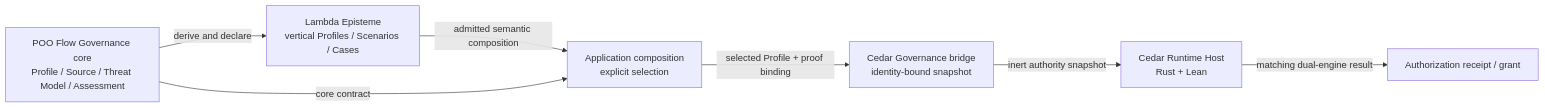
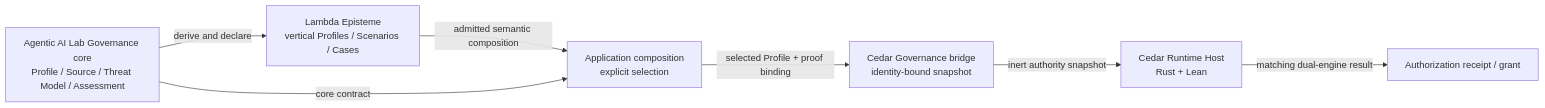
One commit to tao3k/gebril-yuanxu changed the diagram in module-system/design/160-governance-core-vertical-domain-and-cedar-provider-boundary.org. Above: the diagram before and after it, drawn with Mermaid. The commit also changed other lines of this file and 507 other files, not shown here.

```diff
--- a/module-system/design/160-governance-core-vertical-domain-and-cedar-provider-boundary.org
+++ b/module-system/design/160-governance-core-vertical-domain-and-cedar-provider-boundary.org
@@ -39,16 +39,16 @@
 #+begin_src mermaid
 flowchart LR
-    G["POO Flow Governance core<br/>Profile / Source / Threat Model / Assessment"]
+    G["Agentic AI Lab Governance core<br/>Profile / Source / Threat Model / Assessment"]
     L["Lambda Episteme<br/>vertical Profiles / Scenarios / Cases"]
     A["Application composition<br/>explicit selection"]
     B["Cedar Governance bridge<br/>identity-bound snapshot"]
     H["Cedar Runtime Host<br/>Rust + Lean"]
     R["Authorization receipt / grant"]
 
     G -->|"derive and declare"| L
     L -->|"admitted semantic composition"| A
     G -->|"core contract"| A
     A -->|"selected Profile + proof binding"| B
     B -->|"inert authority snapshot"| H
     H -->|"matching dual-engine result"| R
 #+end_src
```
